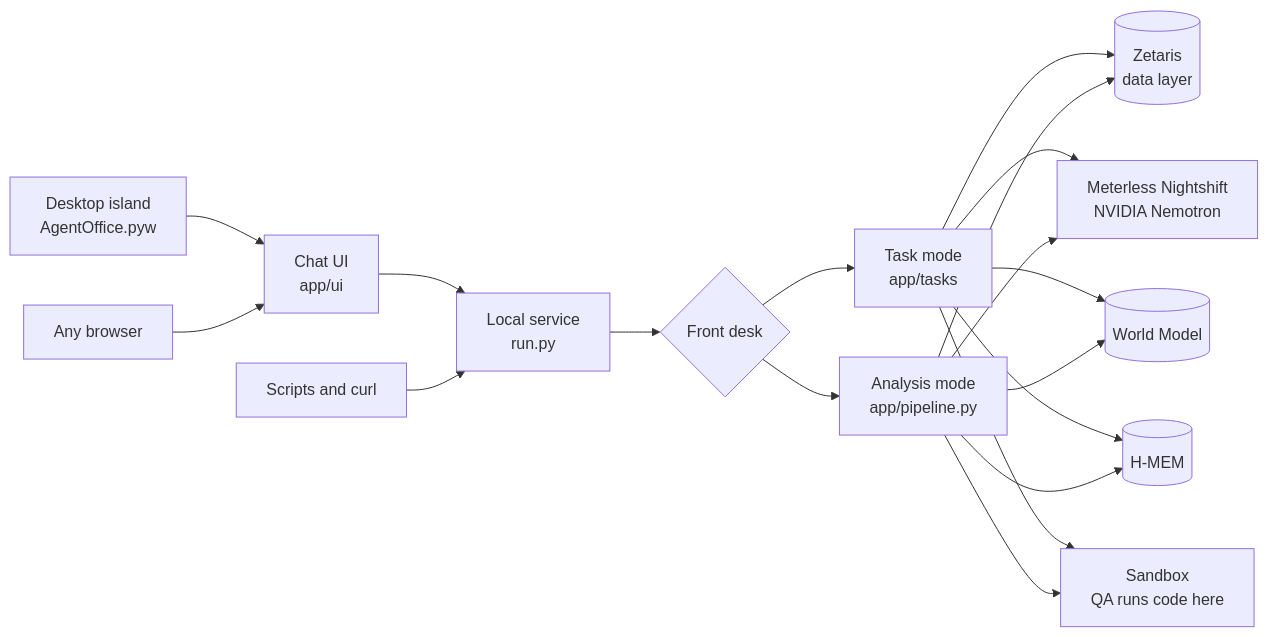
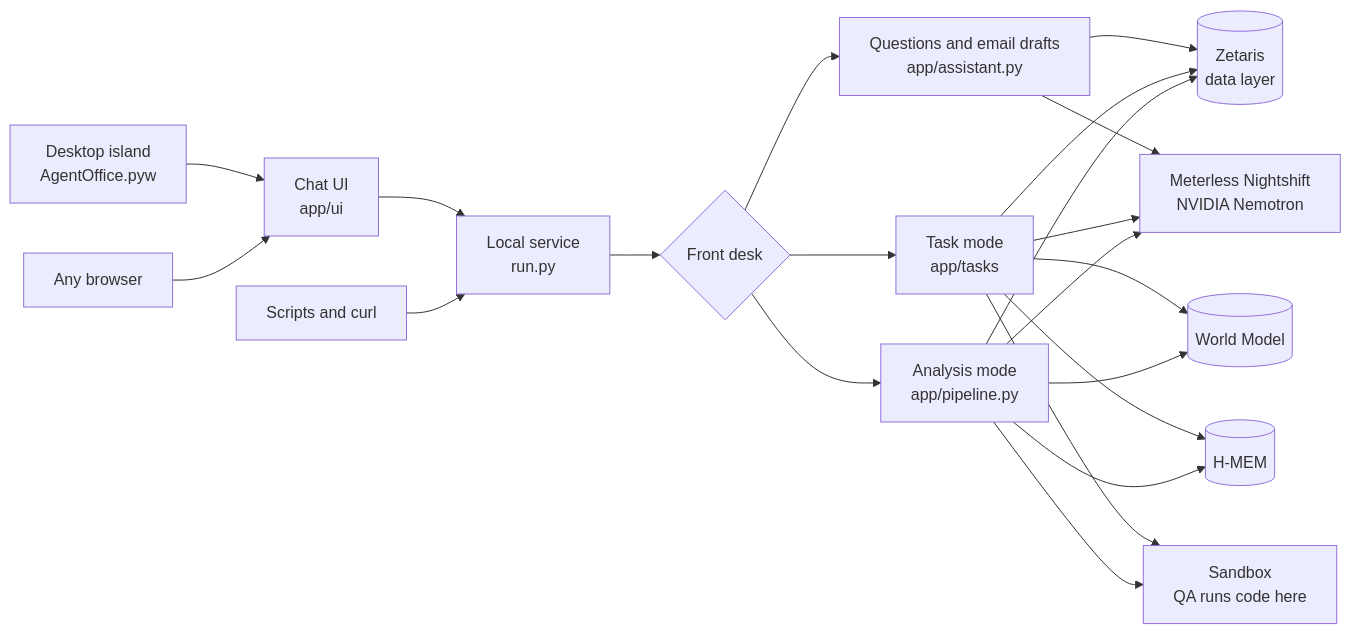
Before and after one commit to allurimohansrisaivarma-coder/AgentOffice: the first of 3 diagrams in docs/ARCHITECTURE.md, drawn with Mermaid. The commit also changed other lines of this file and 19 other files, not shown here.

````diff
--- a/docs/ARCHITECTURE.md
+++ b/docs/ARCHITECTURE.md
@@ -15,15 +16,18 @@
 ```mermaid
 flowchart LR
   D[Desktop island<br/>AgentOffice.pyw] --> UI[Chat UI<br/>app/ui]
   B[Any browser] --> UI
   UI --> API[Local service<br/>run.py]
   S[Scripts and curl] --> API
   API --> FD{Front desk}
   FD --> TM[Task mode<br/>app/tasks]
   FD --> AM[Analysis mode<br/>app/pipeline.py]
+  FD --> AS[Questions and email drafts<br/>app/assistant.py]
+  AS --> ZT
+  AS --> NS
   TM & AM --> ZT[(Zetaris<br/>data layer)]
   TM & AM --> NS[Meterless Nightshift<br/>NVIDIA Nemotron]
   TM & AM --> WM[(World Model)]
   TM & AM --> HM[(H-MEM)]
   TM & AM --> SB[Sandbox<br/>QA runs code here]
 ```
````
